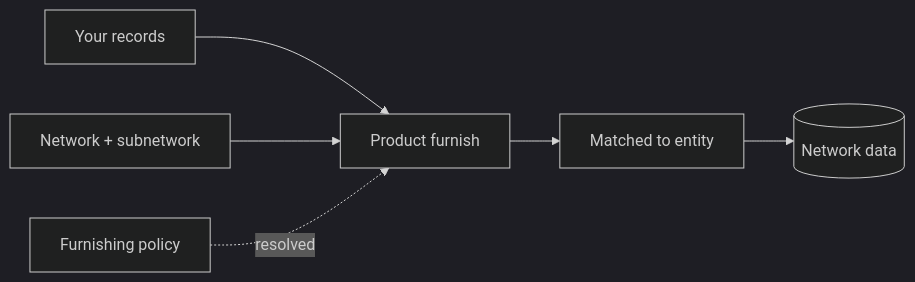
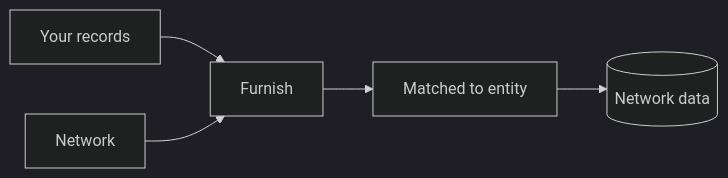
One commit to solo-finance/docs changed the first of 2 diagrams in api-overview/furnishing/overview.mdx. Above: the diagram before and after it, drawn with Mermaid (dark theme). The commit also changed other lines of this file and 144 other files, not shown here.

````diff
--- a/api-overview/furnishing/overview.mdx
+++ b/api-overview/furnishing/overview.mdx
@@ -94,8 +93,7 @@
 ```mermaid
 flowchart LR
-    Rec[Your records] --> F[Product furnish]
-    N[Network + subnetwork] --> F
-    P[Furnishing policy] -. resolved .-> F
+    Rec[Your records] --> F[Furnish]
+    N[Network] --> F
     F --> M[Matched to entity]
     M --> Store[(Network data)]
 ```
````
